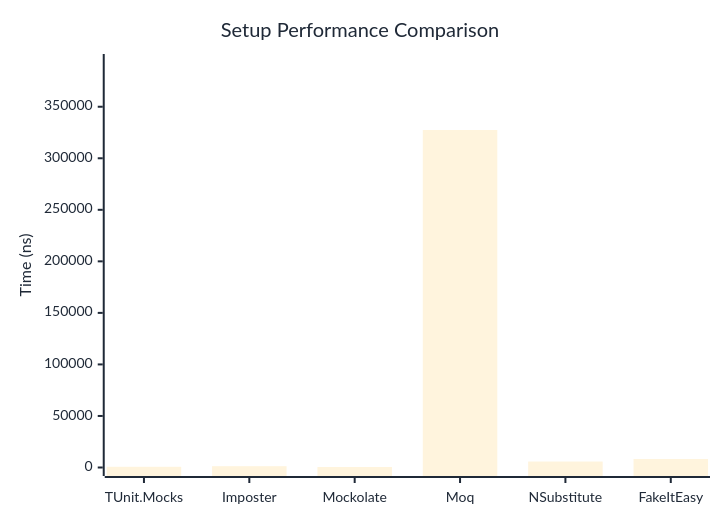
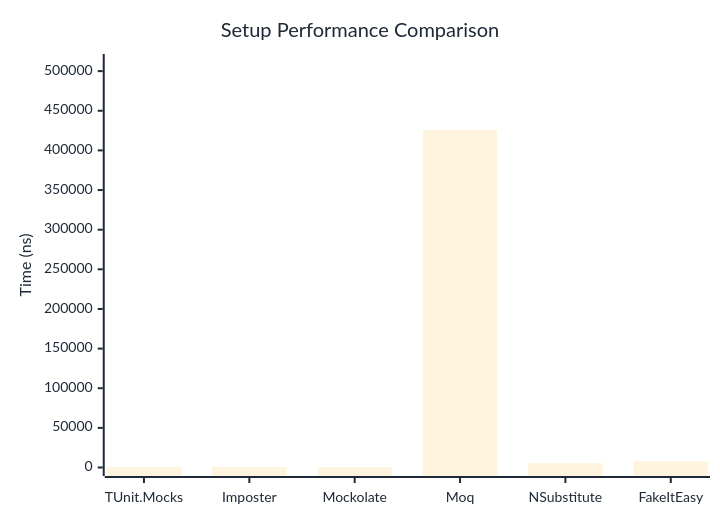
One commit to thomhurst/TUnit changed the first of 2 diagrams in docs/docs/benchmarks/mocks/Setup.md. Above: the diagram before and after it, drawn with Mermaid. The commit also changed other lines of this file and 14 other files, not shown here.

````diff
--- a/docs/docs/benchmarks/mocks/Setup.md
+++ b/docs/docs/benchmarks/mocks/Setup.md
@@ -30,27 +30,27 @@
 ```mermaid
 %%{init: {
   'theme':'base',
   'themeVariables': {
     'primaryColor': '#2563eb',
     'primaryTextColor': '#1f2937',
     'primaryBorderColor': '#1e40af',
     'lineColor': '#6b7280',
     'secondaryColor': '#7c3aed',
     'tertiaryColor': '#dc2626',
     'background': '#ffffff',
     'pie1': '#2563eb',
     'pie2': '#7c3aed',
     'pie3': '#dc2626',
     'pie4': '#f59e0b',
     'pie5': '#10b981',
     'pie6': '#06b6d4',
     'pie7': '#ec4899',
     'pie8': '#6366f1'
   }
 }}%%
 xychart-beta
   title "Setup Performance Comparison"
   x-axis ["TUnit.Mocks", "Imposter", "Mockolate", "Moq", "NSubstitute", "FakeItEasy"]
-  y-axis "Time (ns)" 0 --> 392914
-  bar [682.6, 1263.5, 478.1, 327428.3, 5781.8, 8248]
+  y-axis "Time (ns)" 0 --> 510891
+  bar [504.1, 800.3, 326.5, 425741.9, 5393.4, 7909.6]
 ```
````
